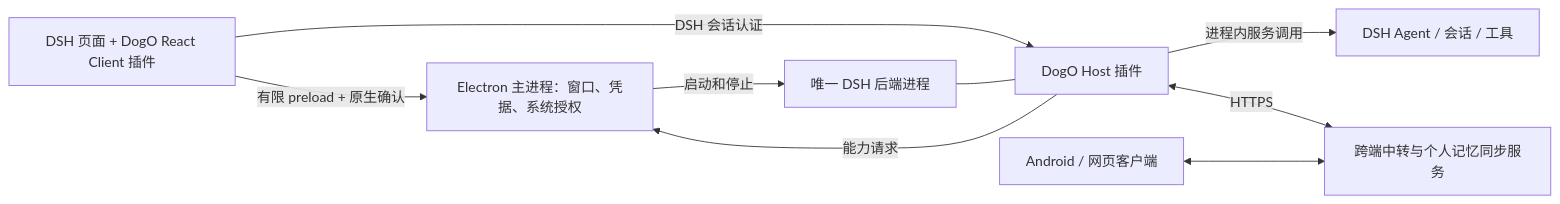
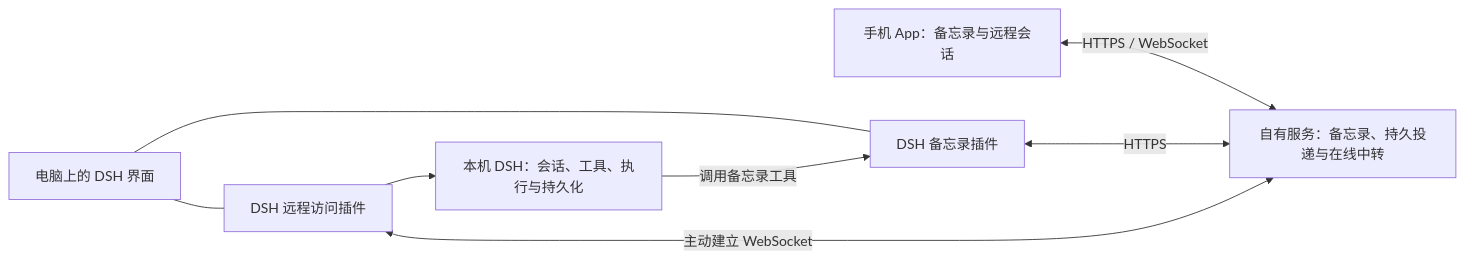
One commit to Hcshenziyang/dogo changed the diagram in ARCHITECTURE.md. Above: the diagram before and after it, drawn with Mermaid. The commit also changed other lines of this file and 370 other files, not shown here.

````diff
--- a/ARCHITECTURE.md
+++ b/ARCHITECTURE.md
@@ -7,11 +15,10 @@
 ```mermaid
 flowchart LR
-  E[Electron 主进程：窗口、凭据、系统授权] -->|启动和停止| D[唯一 DSH 后端进程]
-  V[DSH 页面 + DogO React Client 插件] -->|DSH 会话认证| H[DogO Host 插件]
-  V -->|有限 preload + 原生确认| E
-  D --- H
-  H -->|进程内服务调用| A[DSH Agent / 会话 / 工具]
-  H -->|能力请求| E
-  H <-->|HTTPS| S[跨端中转与个人记忆同步服务]
-  M[Android / 网页客户端] <--> S
+  M[手机 App：备忘录与远程会话] <-->|HTTPS / WebSocket| S[自有服务：备忘录、持久投递与在线中转]
+  N[DSH 备忘录插件] <-->|HTTPS| S
+  R[DSH 远程访问插件] <-->|主动建立 WebSocket| S
+  U[电脑上的 DSH 界面] --- N
+  U --- R
+  R --> D[本机 DSH：会话、工具、执行与持久化]
+  D -->|调用备忘录工具| N
 ```
````
